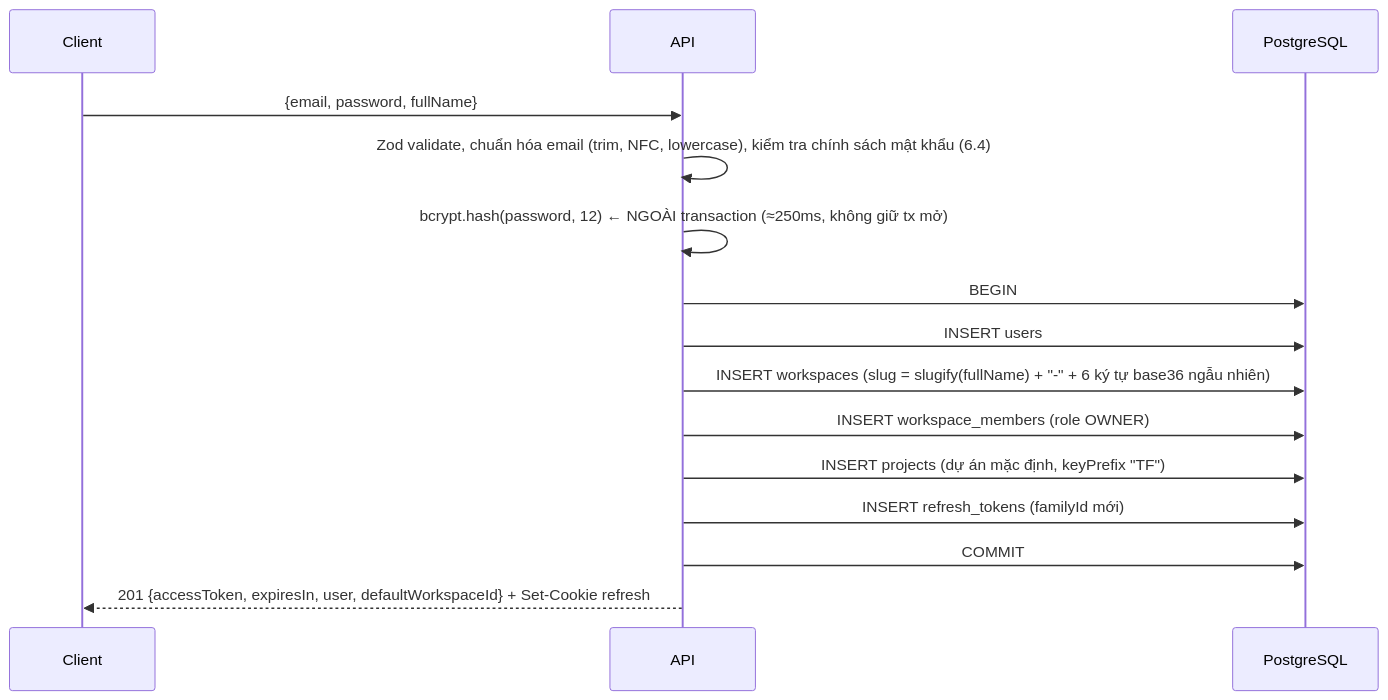
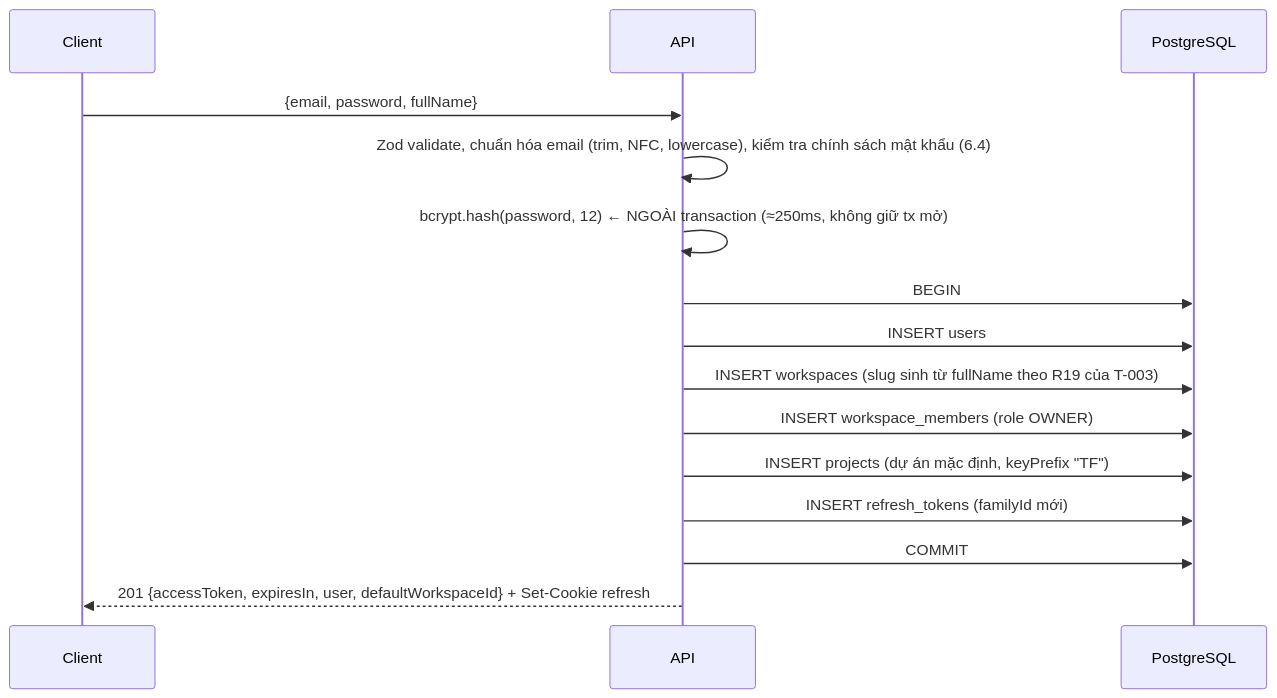
Before and after one commit to Nguyentuananh2112/taskflow-enterprise: the first of 2 diagrams in docs/design/security.md, drawn with Mermaid. The commit also changed other lines of this file and 14 other files, not shown here.

````diff
--- a/docs/design/security.md
+++ b/docs/design/security.md
@@ -27,17 +27,17 @@
 ```mermaid
 sequenceDiagram
   participant C as Client
   participant A as API
   participant DB as PostgreSQL
   C->>A: {email, password, fullName}
   A->>A: Zod validate, chuẩn hóa email (trim, NFC, lowercase), kiểm tra chính sách mật khẩu (6.4)
   A->>A: bcrypt.hash(password, 12)  ← NGOÀI transaction (≈250ms, không giữ tx mở)
   A->>DB: BEGIN
   A->>DB: INSERT users
-  A->>DB: INSERT workspaces (slug = slugify(fullName) + "-" + 6 ký tự base36 ngẫu nhiên)
+  A->>DB: INSERT workspaces (slug sinh từ fullName theo R19 của T-003)
   A->>DB: INSERT workspace_members (role OWNER)
   A->>DB: INSERT projects (dự án mặc định, keyPrefix "TF")
   A->>DB: INSERT refresh_tokens (familyId mới)
   A->>DB: COMMIT
   A-->>C: 201 {accessToken, expiresIn, user, defaultWorkspaceId} + Set-Cookie refresh
 ```
````
